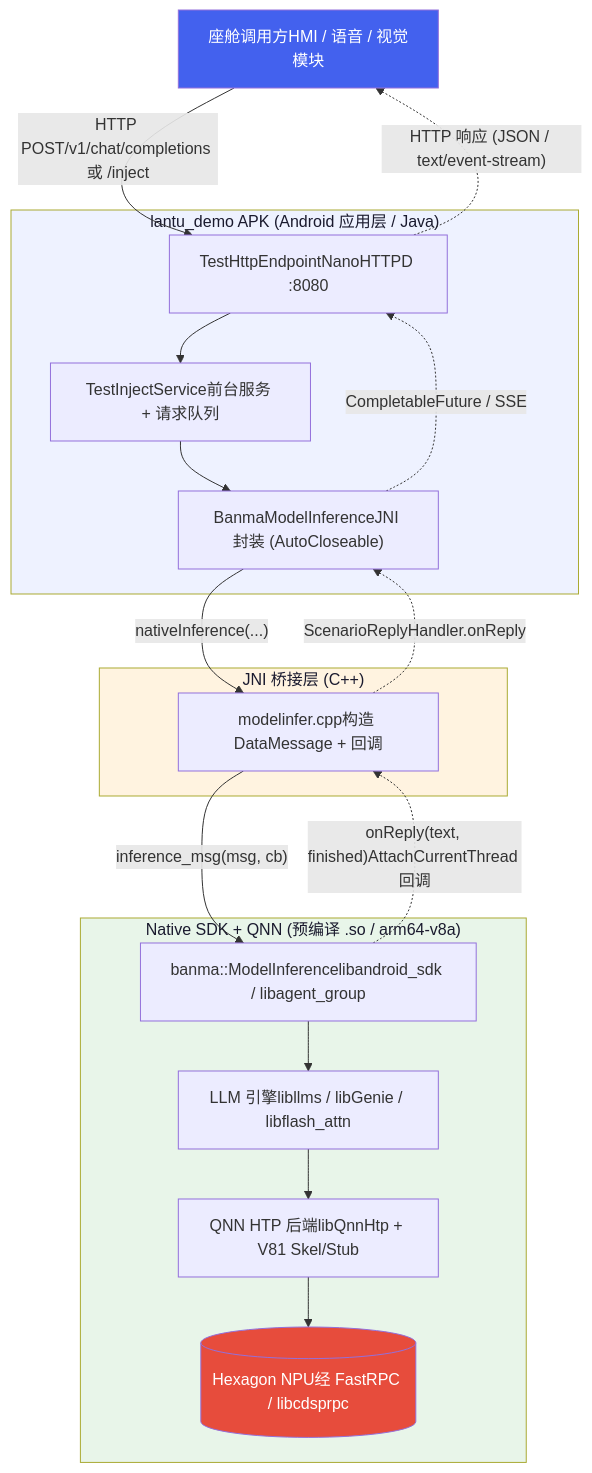
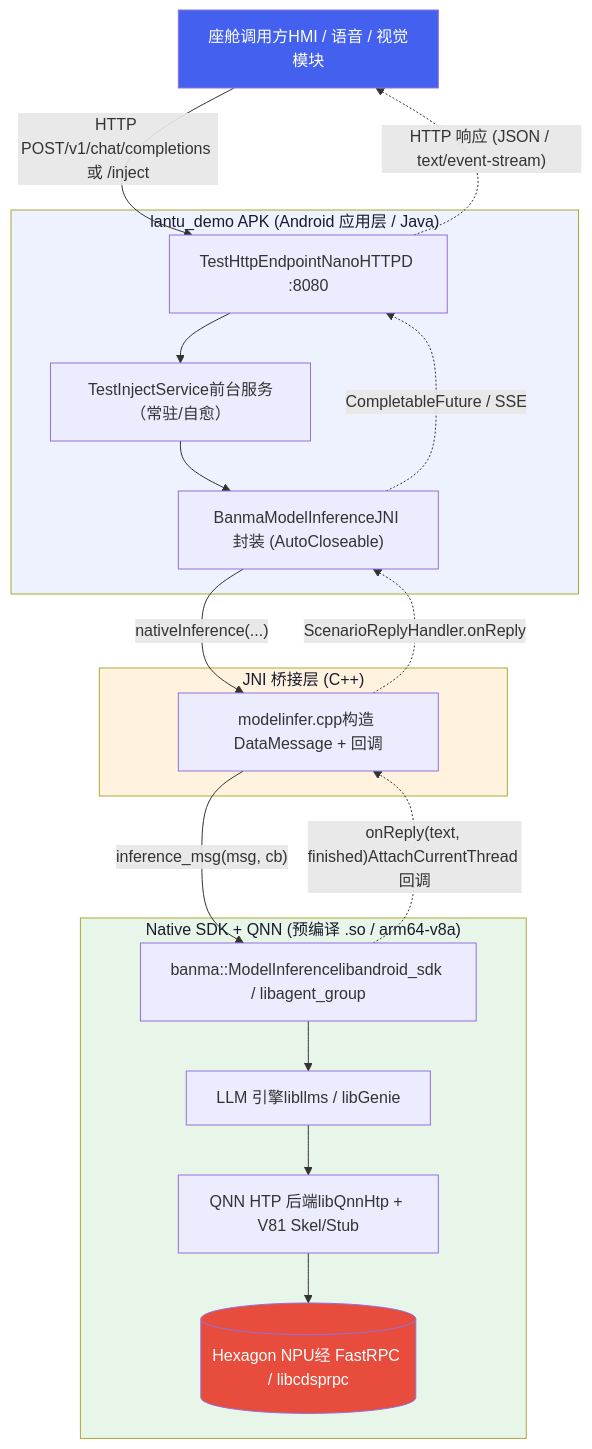
Before and after one commit to ranpin/edge-ai-docs: the first of 6 diagrams in cockpit/projects/lantu/apk-integration.md, drawn with Mermaid. The commit also changed other lines of this file and 6 other files, not shown here.

First line of the commit message:
岚图模块二轮专家评审：7 篇全量修订

````diff
--- a/cockpit/projects/lantu/apk-integration.md
+++ b/cockpit/projects/lantu/apk-integration.md
@@ -44,32 +44,32 @@
 ```mermaid
 flowchart TB
     Client["座舱调用方HMI / 语音 / 视觉模块"] -->|"HTTP POST/v1/chat/completions 或 /inject"| EP
     subgraph APK["lantu_demo APK (Android 应用层 / Java)"]
         EP["TestHttpEndpointNanoHTTPD :8080"]
-        SVC["TestInjectService前台服务 + 请求队列"]
+        SVC["TestInjectService前台服务（常驻/自愈）"]
         BMI["BanmaModelInferenceJNI 封装 (AutoCloseable)"]
         EP --> SVC --> BMI
     end
     subgraph JNI["JNI 桥接层 (C++)"]
         MI["modelinfer.cpp构造 DataMessage + 回调"]
     end
     subgraph NATIVE["Native SDK + QNN (预编译 .so / arm64-v8a)"]
         SDK["banma::ModelInferencelibandroid_sdk / libagent_group"]
-        LLM["LLM 引擎libllms / libGenie / libflash_attn"]
+        LLM["LLM 引擎libllms / libGenie"]
         QNN["QNN HTP 后端libQnnHtp + V81 Skel/Stub"]
         NPU[("Hexagon NPU经 FastRPC / libcdsprpc")]
         SDK --> LLM --> QNN --> NPU
     end
     BMI -->|"nativeInference(...)"| MI
     MI -->|"inference_msg(msg, cb)"| SDK
     SDK -.->|"onReply(text, finished)AttachCurrentThread 回调"| MI
     MI -.->|"ScenarioReplyHandler.onReply"| BMI
     BMI -.->|"CompletableFuture / SSE"| EP
     EP -.->|"HTTP 响应 (JSON / text/event-stream)"| Client
 
     style Client fill:#4361ee,color:#fff
     style APK fill:#eef2ff,color:#1a1a2e
     style JNI fill:#fff3e0,color:#1a1a2e
     style NATIVE fill:#e8f5e9,color:#1a1a2e
     style NPU fill:#e74c3c,color:#fff
 ```
````
